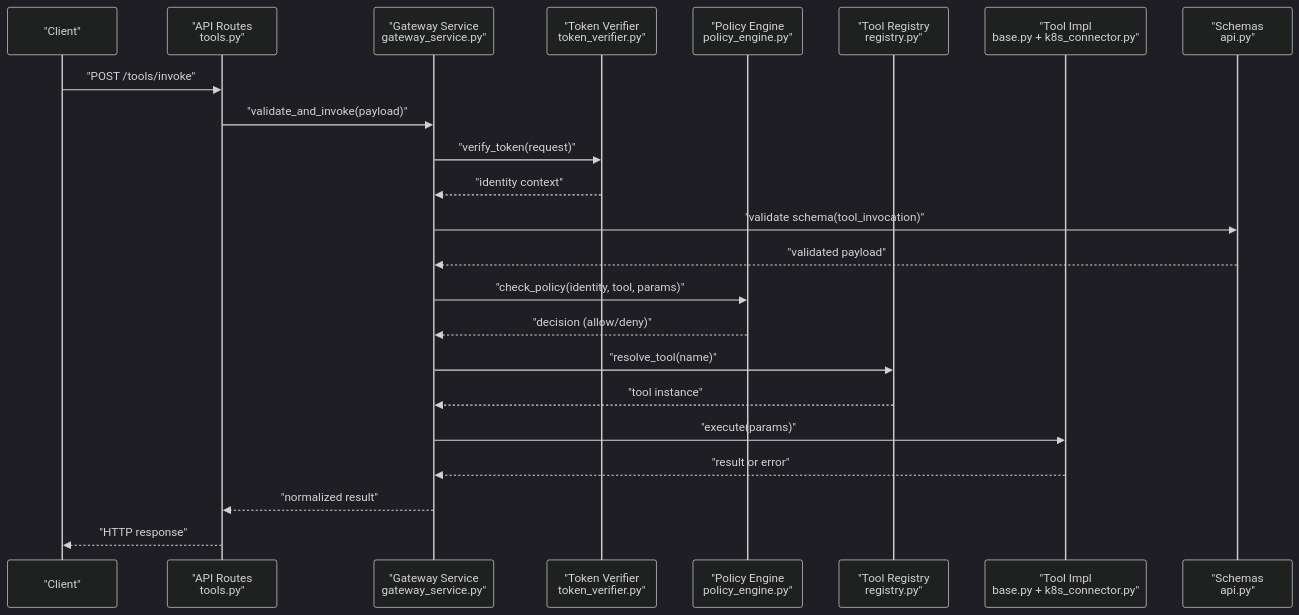
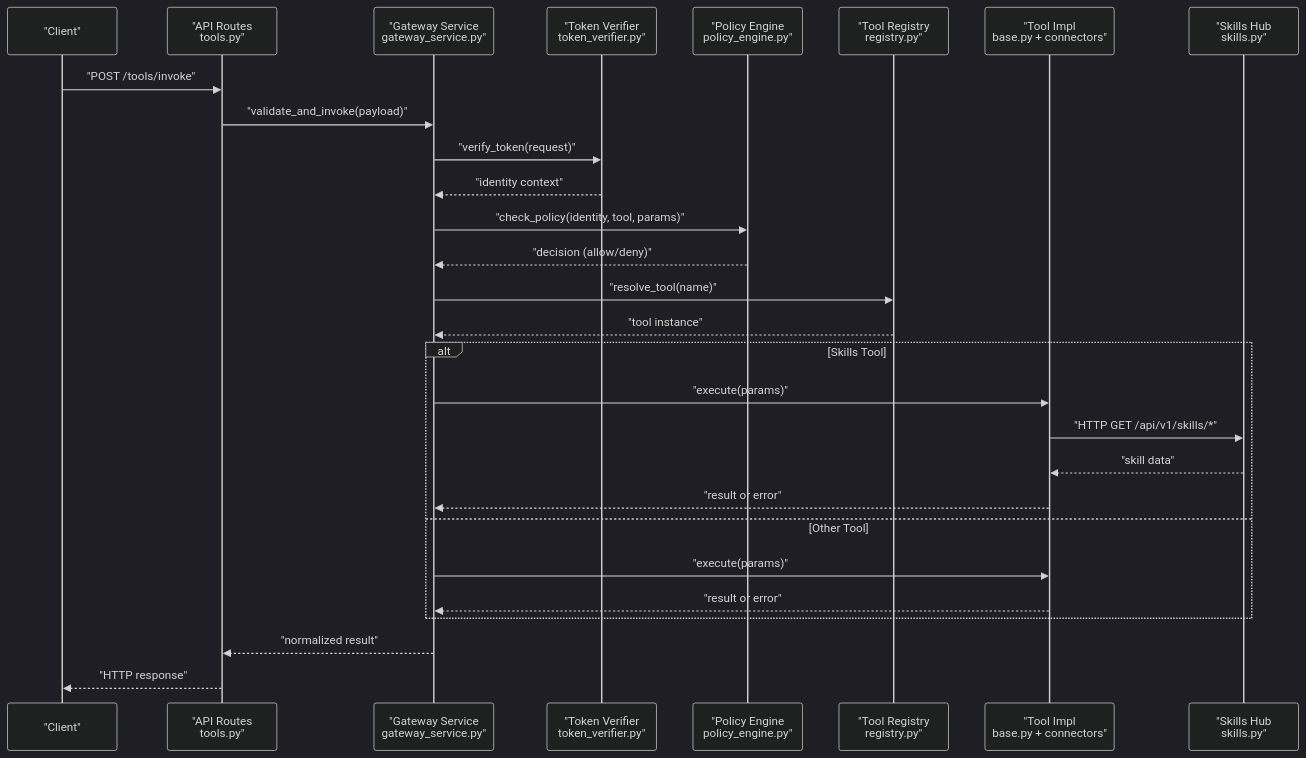
One commit to metasync/luban-aiops changed the second of 6 diagrams in .qoder/repowiki/en/content/Tool Gateway Service/API Endpoints and Authentication/Tools API.md. Above: the diagram before and after it, drawn with Mermaid (dark theme). The commit also changed other lines of this file and 64 other files, not shown here.

Commit message:
docs: refresh repowiki knowledge cache for SPEC-014 skills hub

````diff
--- a/.qoder/repowiki/en/content/Tool Gateway Service/API Endpoints and Authentication/Tools API.md
+++ b/.qoder/repowiki/en/content/Tool Gateway Service/API Endpoints and Authentication/Tools API.md
@@ -140,25 +165,30 @@
 ```mermaid
 sequenceDiagram
 participant Client as "Client"
 participant Routes as "API Routes<br/>tools.py"
 participant GW as "Gateway Service<br/>gateway_service.py"
 participant TV as "Token Verifier<br/>token_verifier.py"
 participant PE as "Policy Engine<br/>policy_engine.py"
 participant REG as "Tool Registry<br/>registry.py"
-participant TOOL as "Tool Impl<br/>base.py + k8s_connector.py"
-participant SC as "Schemas<br/>api.py"
+participant TOOL as "Tool Impl<br/>base.py + connectors"
+participant SKILLS as "Skills Hub<br/>skills.py"
 Client->>Routes : "POST /tools/invoke"
 Routes->>GW : "validate_and_invoke(payload)"
 GW->>TV : "verify_token(request)"
 TV-->>GW : "identity context"
-GW->>SC : "validate schema(tool_invocation)"
-SC-->>GW : "validated payload"
 GW->>PE : "check_policy(identity, tool, params)"
 PE-->>GW : "decision (allow/deny)"
 GW->>REG : "resolve_tool(name)"
 REG-->>GW : "tool instance"
+alt Skills Tool
+GW->>TOOL : "execute(params)"
+TOOL->>SKILLS : "HTTP GET /api/v1/skills/*"
+SKILLS-->>TOOL : "skill data"
+TOOL-->>GW : "result or error"
+else Other Tool
 GW->>TOOL : "execute(params)"
 TOOL-->>GW : "result or error"
+end
 GW-->>Routes : "normalized result"
 Routes-->>Client : "HTTP response"
 ```
````
